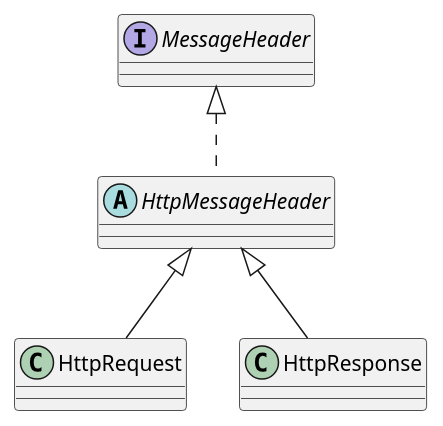
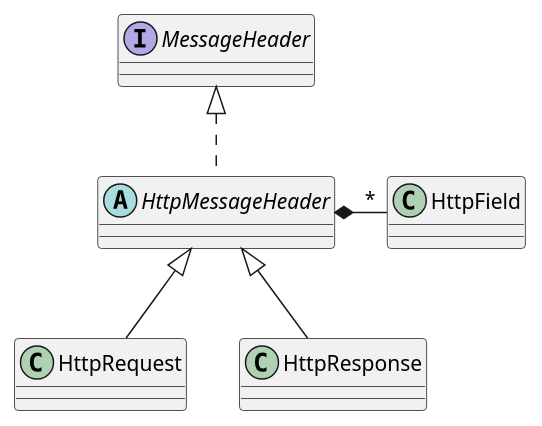
The eighth of 9 diagrams in overview.md (mnlipp/jdrupes-httpcodec), drawn with PlantUML before and after one commit. The commit also changed other lines of this file and 2 other files, not shown here.

Commit message:
Generate Date for server responses only.

```diff
--- a/overview.md
+++ b/overview.md
@@ -368,21 +371,27 @@
 @startuml http-messages.svg
 ' ========== HTTP messages =========
 
 abstract class HttpMessageHeader {
 }
 
 interface MessageHeader {
 }
 
 class HttpRequest {
 }
 
 class HttpResponse {
 }
+
+class HttpField {
+}
+
 HttpMessageHeader <|-- HttpResponse
 
 HttpMessageHeader <|-- HttpRequest
 
+HttpMessageHeader *-right- "*" HttpField 
+
 MessageHeader <|.. HttpMessageHeader
 
 @enduml
```
